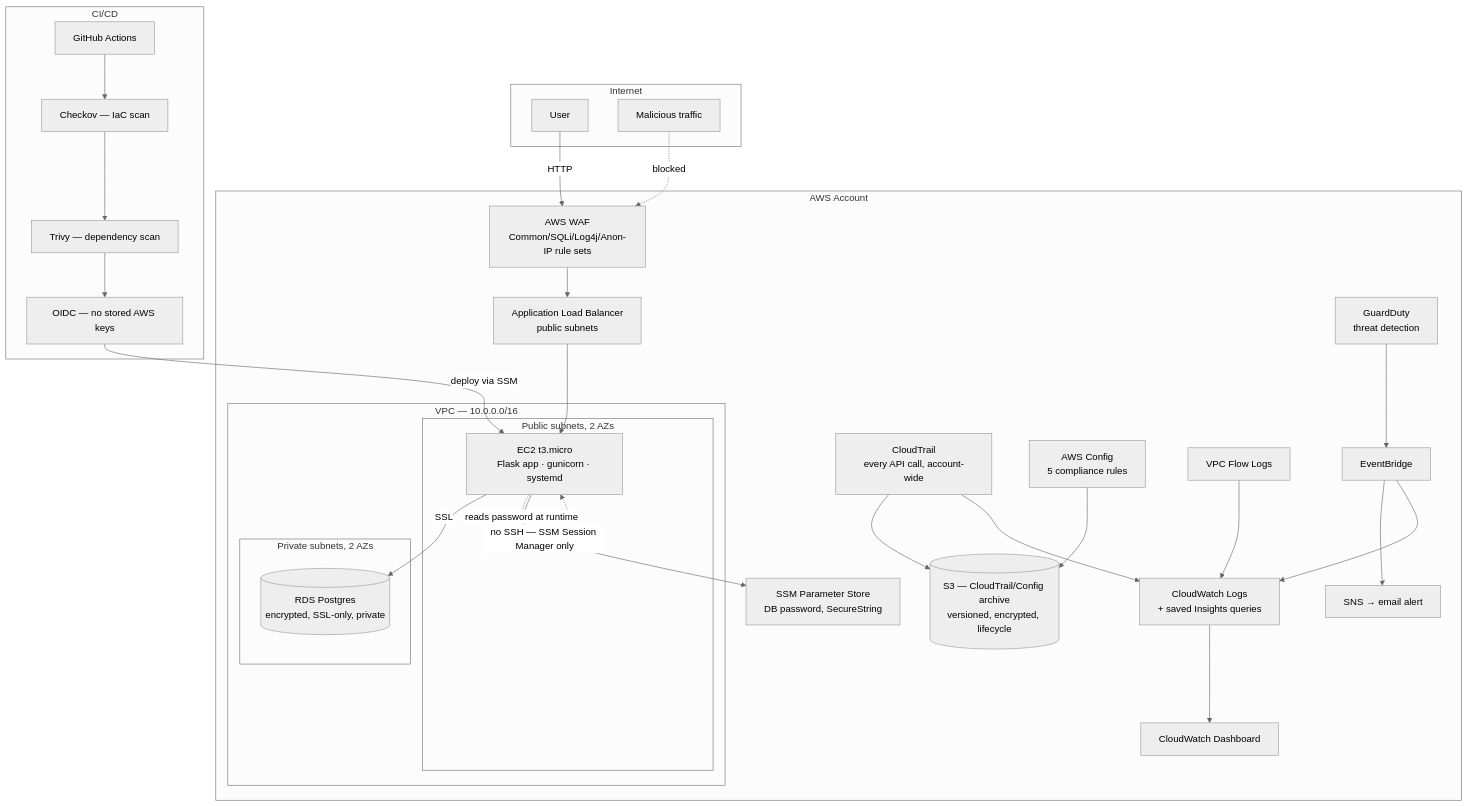
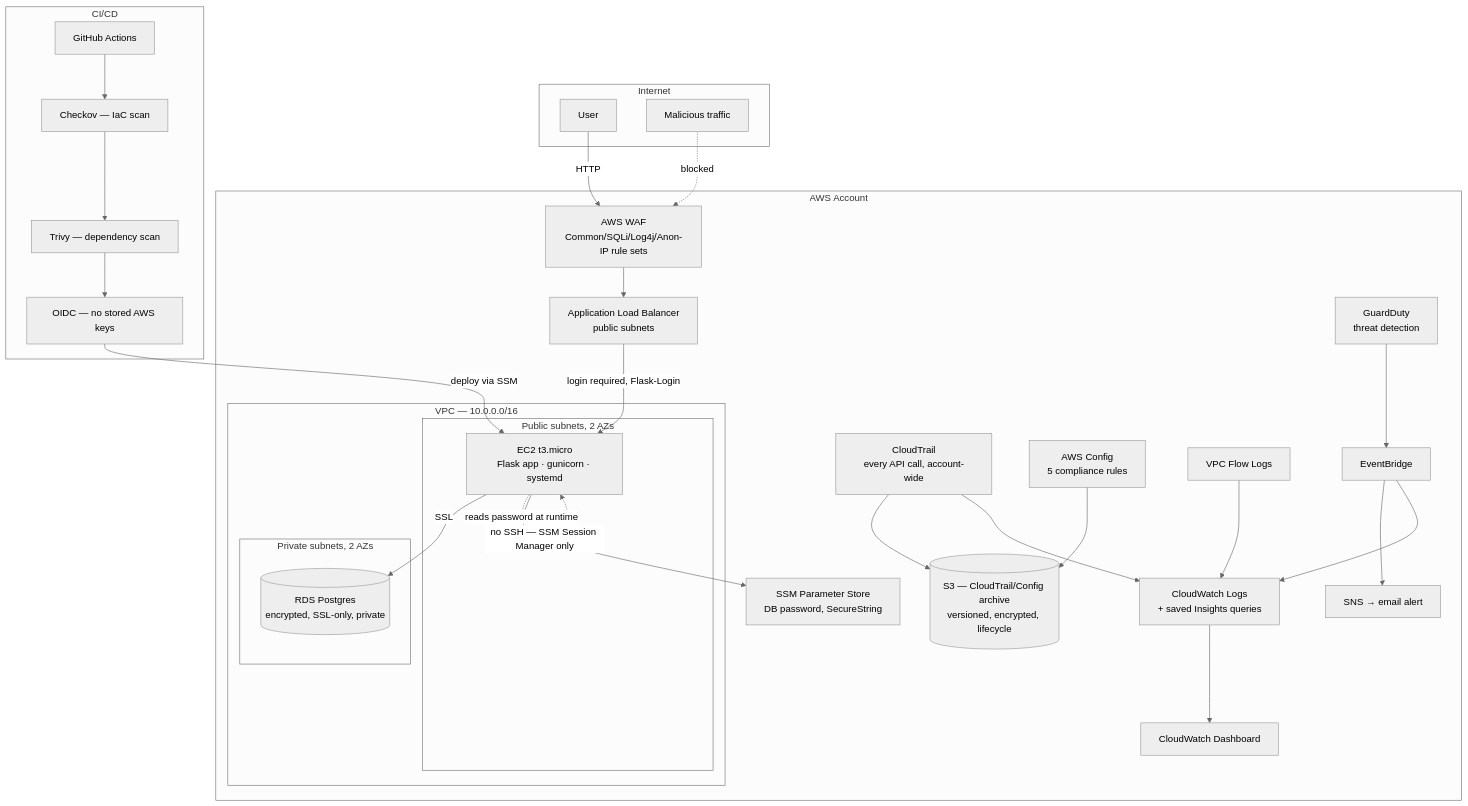
Before and after one commit to eayres03vt/securestack: the diagram in README.md, drawn with Mermaid (neutral theme). The commit also changed other lines of this file and 3 other files, not shown here.

````diff
--- a/README.md
+++ b/README.md
@@ -17,56 +17,56 @@
 ```mermaid
 flowchart TB
     subgraph internet [Internet]
         user[User]
         attacker[Malicious traffic]
     end
 
     subgraph aws [AWS Account]
         waf[AWS WAF<br/>Common/SQLi/Log4j/Anon-IP rule sets]
         alb[Application Load Balancer<br/>public subnets]
 
         subgraph vpc [VPC — 10.0.0.0/16]
             subgraph public [Public subnets, 2 AZs]
                 ec2[EC2 t3.micro<br/>Flask app · gunicorn · systemd]
             end
             subgraph private [Private subnets, 2 AZs]
                 rds[(RDS Postgres<br/>encrypted, SSL-only, private)]
             end
         end
 
         ssm[SSM Parameter Store<br/>DB password, SecureString]
         cloudtrail[CloudTrail<br/>every API call, account-wide]
         guardduty[GuardDuty<br/>threat detection]
         config[AWS Config<br/>5 compliance rules]
         flowlogs[VPC Flow Logs]
         eventbridge[EventBridge]
         sns[SNS → email alert]
         logs[CloudWatch Logs<br/>+ saved Insights queries]
         dashboard[CloudWatch Dashboard]
         s3[(S3 — CloudTrail/Config archive<br/>versioned, encrypted, lifecycle)]
     end
 
     subgraph cicd [CI/CD]
         gh[GitHub Actions]
         checkov[Checkov — IaC scan]
         trivy[Trivy — dependency scan]
         oidc[OIDC — no stored AWS keys]
     end
 
     user -->|HTTP| waf
     attacker -.->|blocked| waf
-    waf --> alb --> ec2
+    waf --> alb -->|login required, Flask-Login| ec2
     ec2 -->|SSL| rds
     ec2 -->|reads password at runtime| ssm
     ec2 -.->|no SSH — SSM Session Manager only| ec2
 
     gh --> checkov --> trivy --> oidc -->|deploy via SSM| ec2
 
     cloudtrail --> s3
     cloudtrail --> logs
     guardduty --> eventbridge --> sns
     eventbridge --> logs
     config --> s3
     flowlogs --> logs
     logs --> dashboard
 ```
````
